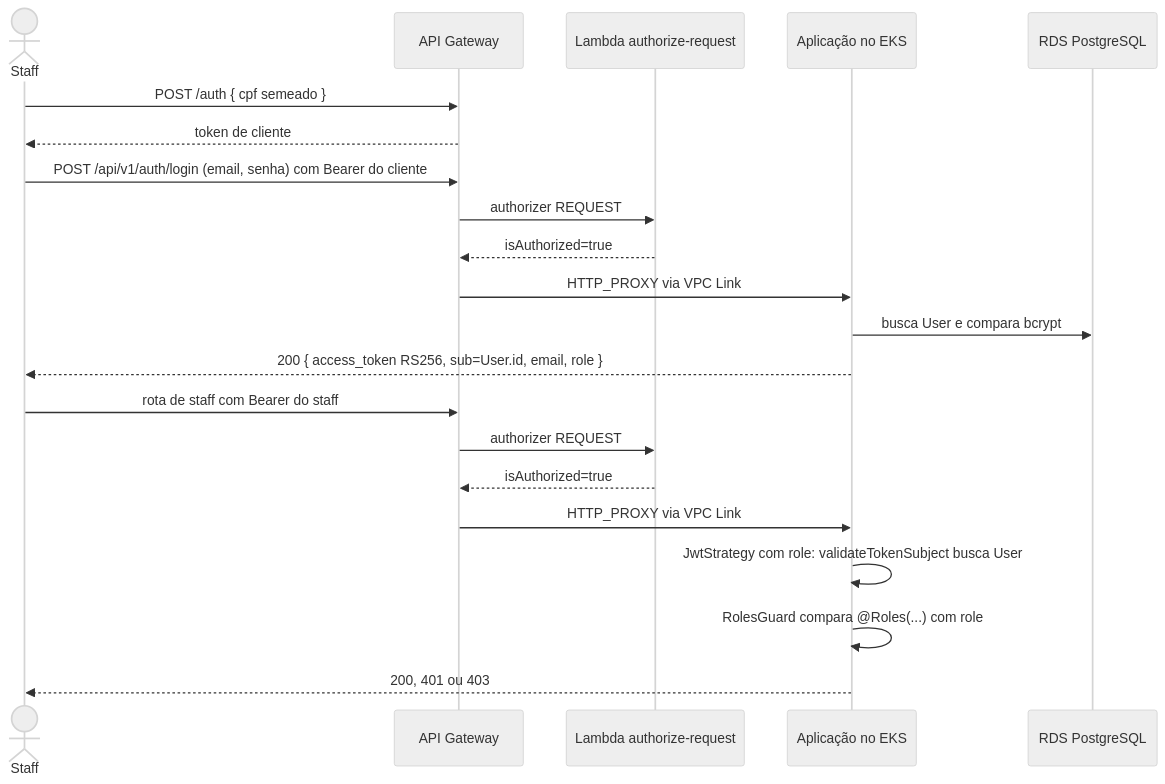
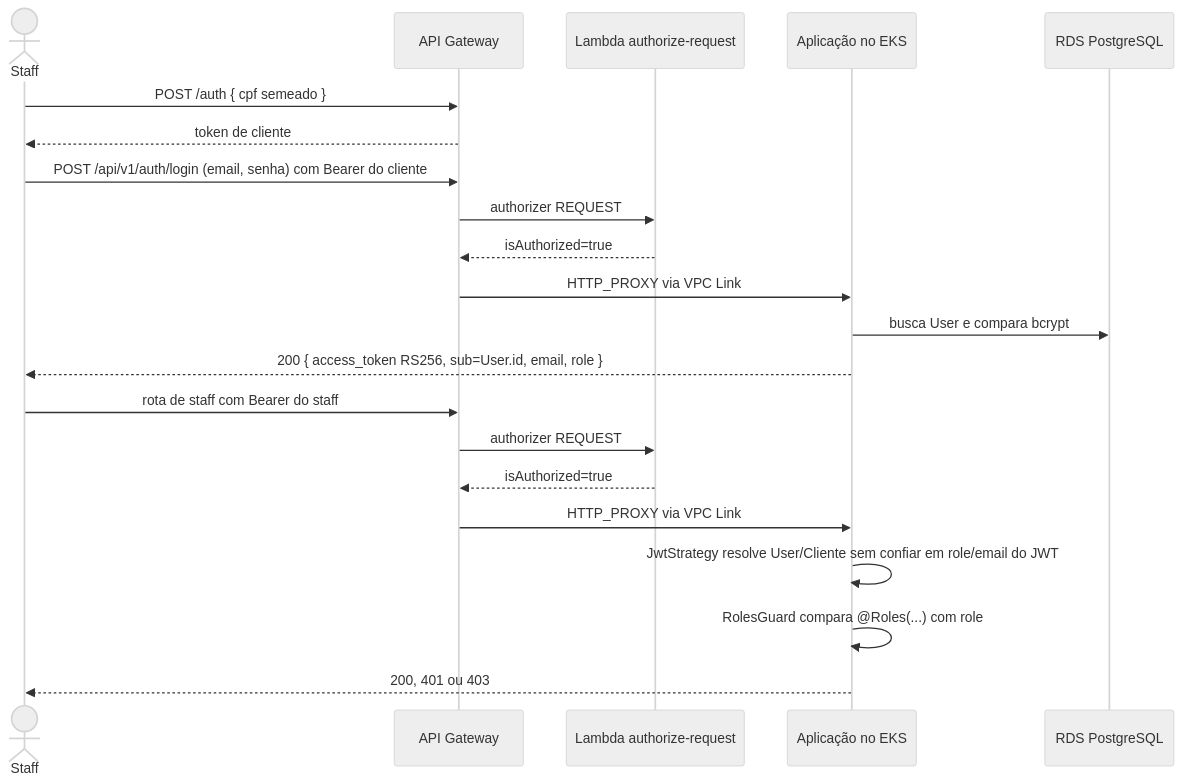
The third of 3 diagrams in docs/architecture/authentication-flow.md (Async-And-Furious/async-furious-project), drawn with Mermaid (neutral theme) before and after one commit. The commit also changed other lines of this file and 5 other files, not shown here.

````diff
--- a/docs/architecture/authentication-flow.md
+++ b/docs/architecture/authentication-flow.md
@@ -115,25 +121,25 @@
 ```mermaid
 sequenceDiagram
     actor S as Staff
     participant GW as API Gateway
     participant AuthzFn as Lambda authorize-request
     participant App as Aplicação no EKS
     participant RDS as RDS PostgreSQL
 
     S->>GW: POST /auth { cpf semeado }
     GW-->>S: token de cliente
     S->>GW: POST /api/v1/auth/login (email, senha) com Bearer do cliente
     GW->>AuthzFn: authorizer REQUEST
     AuthzFn-->>GW: isAuthorized=true
     GW->>App: HTTP_PROXY via VPC Link
     App->>RDS: busca User e compara bcrypt
     App-->>S: 200 { access_token RS256, sub=User.id, email, role }
 
     S->>GW: rota de staff com Bearer do staff
     GW->>AuthzFn: authorizer REQUEST
     AuthzFn-->>GW: isAuthorized=true
     GW->>App: HTTP_PROXY via VPC Link
-    App->>App: JwtStrategy com role: validateTokenSubject busca User
+    App->>App: JwtStrategy resolve User/Cliente sem confiar em role/email do JWT
     App->>App: RolesGuard compara @Roles(...) com role
     App-->>S: 200, 401 ou 403
 ```
````
